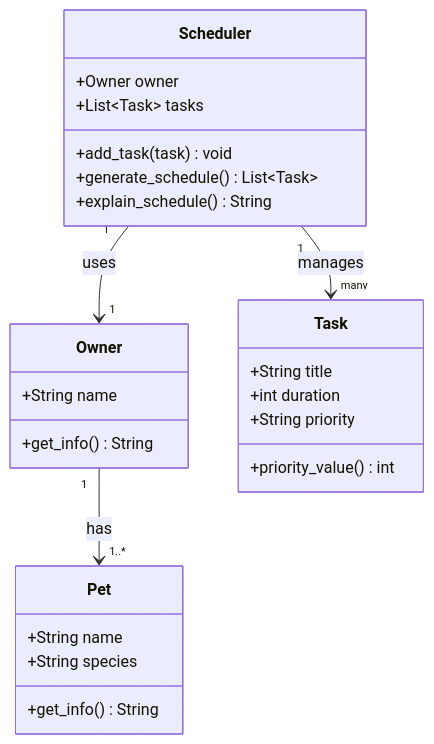
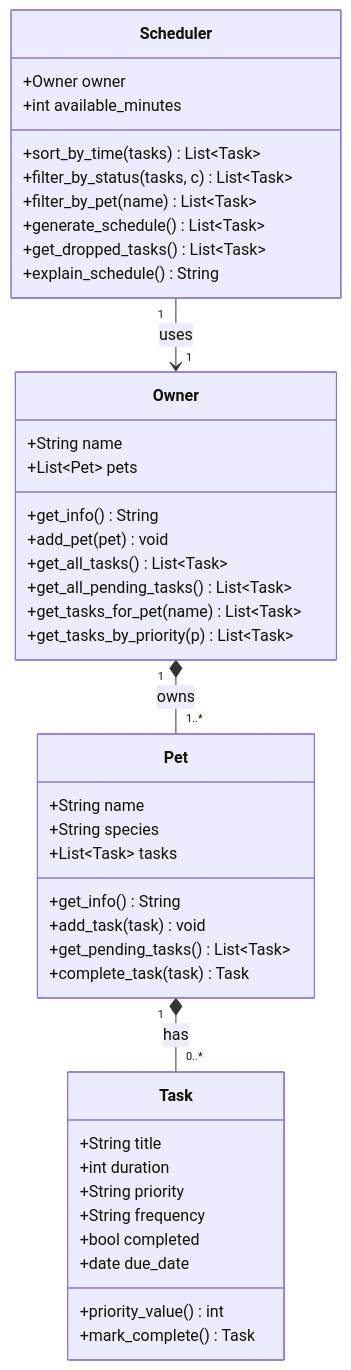
One commit to supakitboon/ai110-module2show-pawpal-starter changed the diagram in README.md. Above: the diagram before and after it, drawn with Mermaid. The commit also changed other lines of this file and 6 other files, not shown here.

````diff
--- a/README.md
+++ b/README.md
@@ -72,32 +104,49 @@
 ```mermaid
 classDiagram
-    class Owner {
-        +String name
-        +get_info() String
+    class Task {
+        +String title
+        +int duration
+        +String priority
+        +String frequency
+        +bool completed
+        +date due_date
+        +priority_value() int
+        +mark_complete() Task
     }
 
     class Pet {
         +String name
         +String species
+        +List~Task~ tasks
         +get_info() String
+        +add_task(task) void
+        +get_pending_tasks() List~Task~
+        +complete_task(task) Task
     }
 
-    class Task {
-        +String title
-        +int duration
-        +String priority
-        +priority_value() int
+    class Owner {
+        +String name
+        +List~Pet~ pets
+        +get_info() String
+        +add_pet(pet) void
+        +get_all_tasks() List~Task~
+        +get_all_pending_tasks() List~Task~
+        +get_tasks_for_pet(name) List~Task~
+        +get_tasks_by_priority(p) List~Task~
     }
 
     class Scheduler {
         +Owner owner
-        +List~Task~ tasks
-        +add_task(task) void
+        +int available_minutes
+        +sort_by_time(tasks) List~Task~
+        +filter_by_status(tasks, c) List~Task~
+        +filter_by_pet(name) List~Task~
         +generate_schedule() List~Task~
+        +get_dropped_tasks() List~Task~
         +explain_schedule() String
     }
 
-    Owner "1" --> "1..*" Pet : has
+    Owner "1" *-- "1..*" Pet : owns
+    Pet "1" *-- "0..*" Task : has
     Scheduler "1" --> "1" Owner : uses
-    Scheduler "1" --> "many" Task : manages
 ```
````
